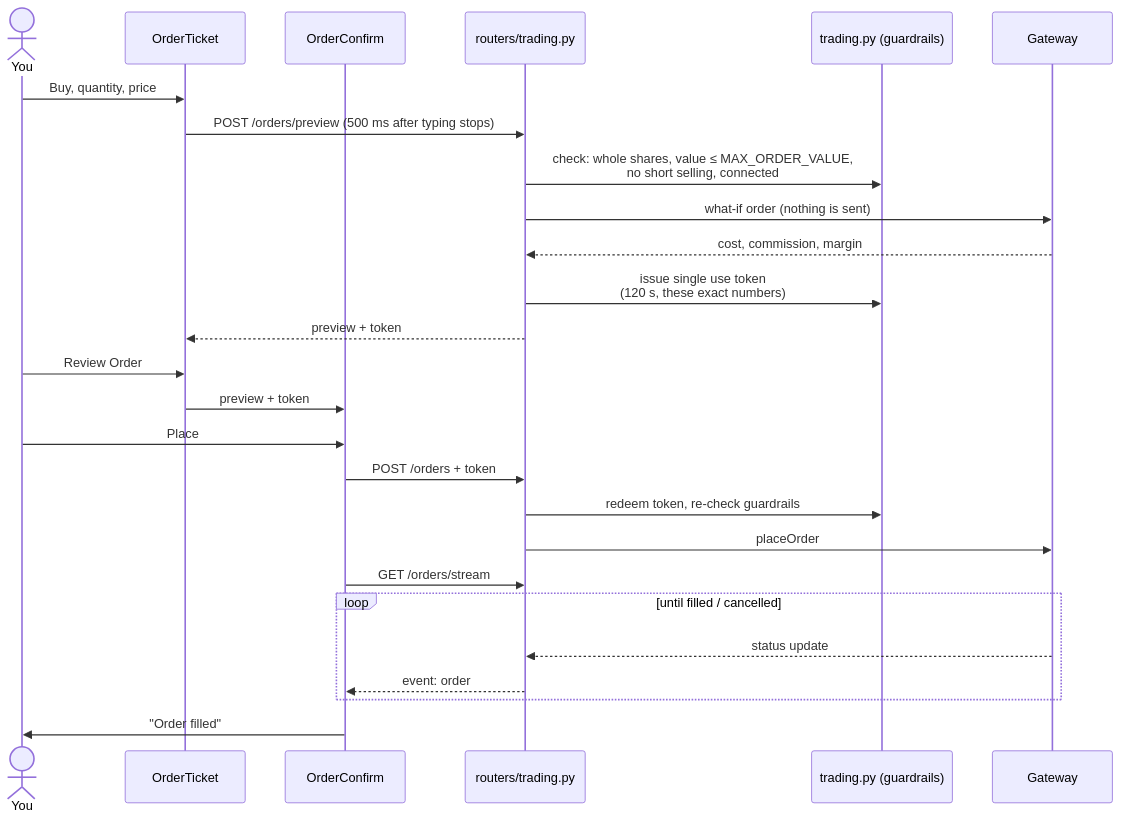
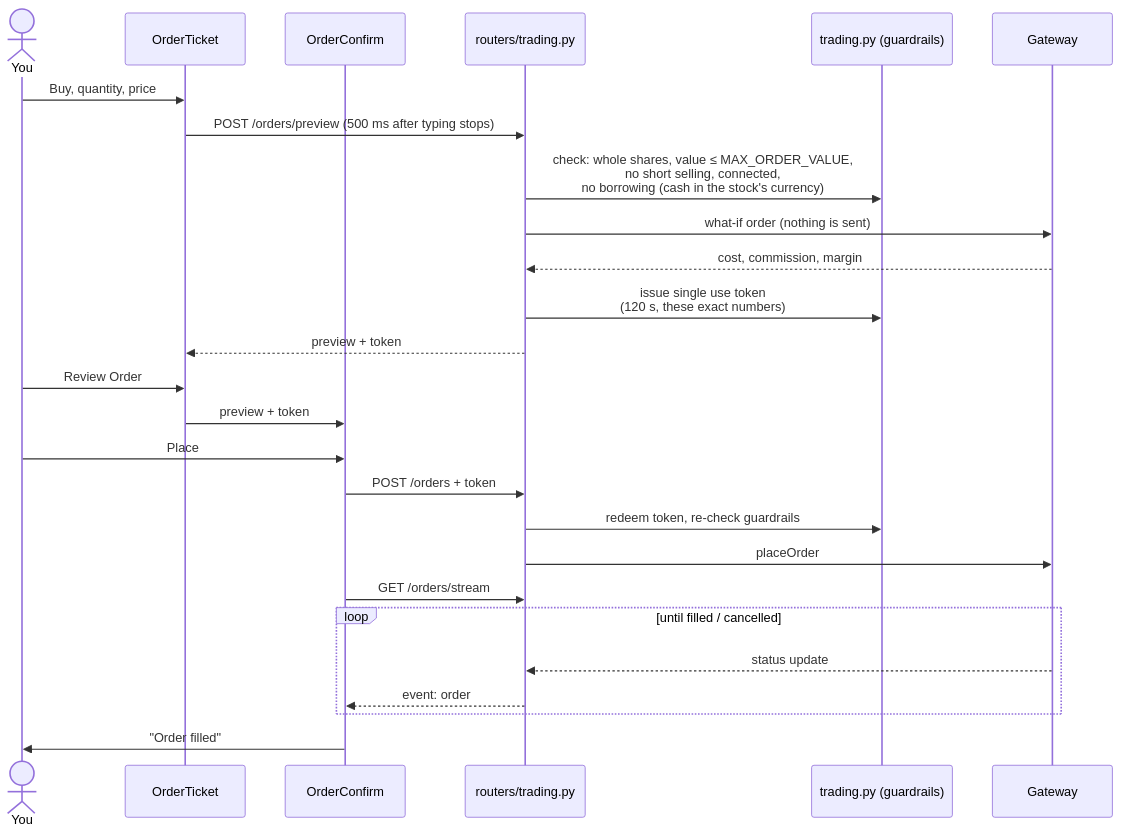
One commit to Indomie-glitch/ibkr-portfolio-manager changed the ninth of 11 diagrams in docs/architecture.md. Above: the diagram before and after it, drawn with Mermaid. The commit also changed other lines of this file and 23 other files, not shown here.

````diff
--- a/docs/architecture.md
+++ b/docs/architecture.md
@@ -348,29 +349,29 @@
 ```mermaid
 sequenceDiagram
     actor You
     participant T as OrderTicket
     participant C as OrderConfirm
     participant R as routers/trading.py
     participant G as trading.py (guardrails)
     participant IB as Gateway
 
     You->>T: Buy, quantity, price
     T->>R: POST /orders/preview (500 ms after typing stops)
-    R->>G: check: whole shares, value ≤ MAX_ORDER_VALUE,<br/>no short selling, connected
+    R->>G: check: whole shares, value ≤ MAX_ORDER_VALUE,<br/>no short selling, connected,<br/>no borrowing (cash in the stock's currency)
     R->>IB: what-if order (nothing is sent)
     IB-->>R: cost, commission, margin
     R->>G: issue single use token<br/>(120 s, these exact numbers)
     R-->>T: preview + token
     You->>T: Review Order
     T->>C: preview + token
     You->>C: Place
     C->>R: POST /orders + token
     R->>G: redeem token, re-check guardrails
     R->>IB: placeOrder
     C->>R: GET /orders/stream
     loop until filled / cancelled
         IB-->>R: status update
         R-->>C: event: order
     end
     C->>You: "Order filled"
 ```
````
